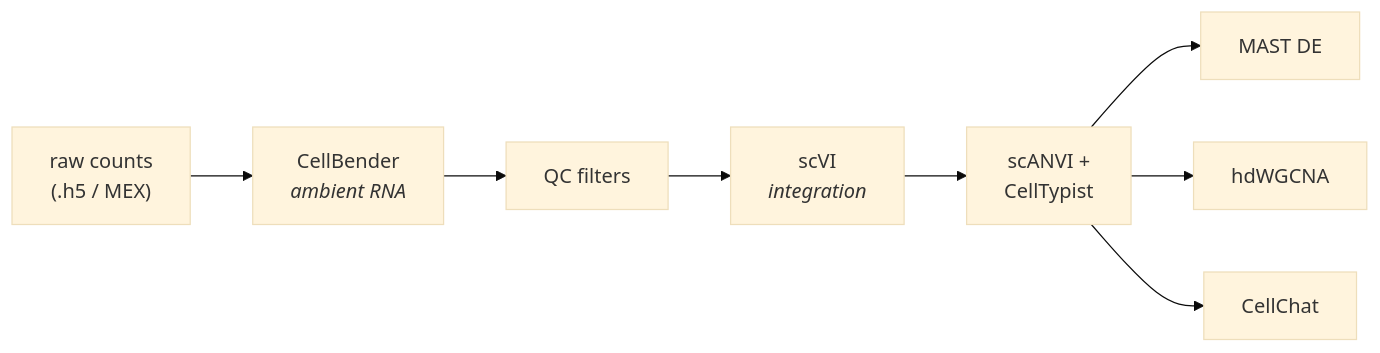
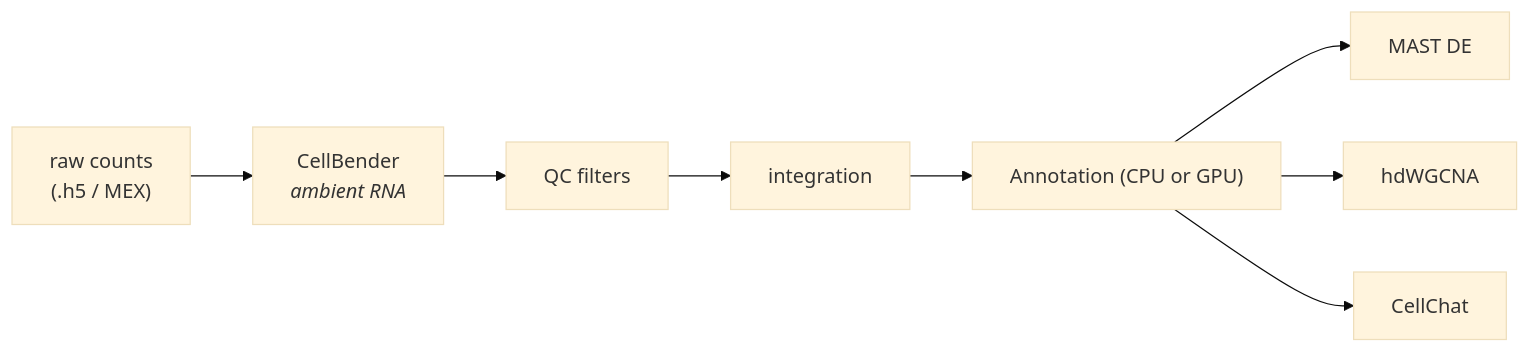
The diagram in docs/guides/rna.md (swaruplabUCI/FORGE), drawn with Mermaid (base theme) before and after one commit. The commit also changed other lines of this file, not shown here.

````diff
--- a/docs/guides/rna.md
+++ b/docs/guides/rna.md
@@ -7,10 +7,10 @@
 ```mermaid
 flowchart LR
     R["raw counts<br/>(.h5 / MEX)"] --> CB["CellBender<br/><i>ambient RNA</i>"]
     CB --> QC["QC filters"]
-    QC --> SCVI["scVI<br/><i>integration</i>"]
-    SCVI --> ANN["scANVI +<br/>CellTypist"]
+    QC --> SCVI["integration"]
+    SCVI --> ANN["Annotation (CPU or GPU)"]
     ANN --> D["MAST DE"]
     ANN --> H["hdWGCNA"]
     ANN --> C["CellChat"]
 ```
````
